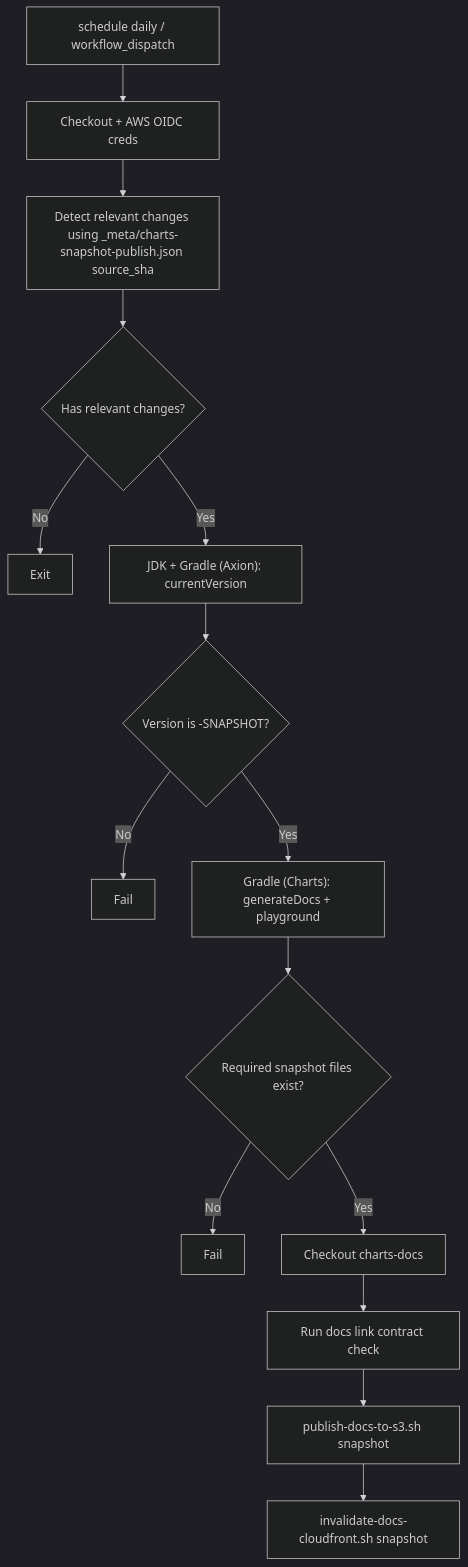
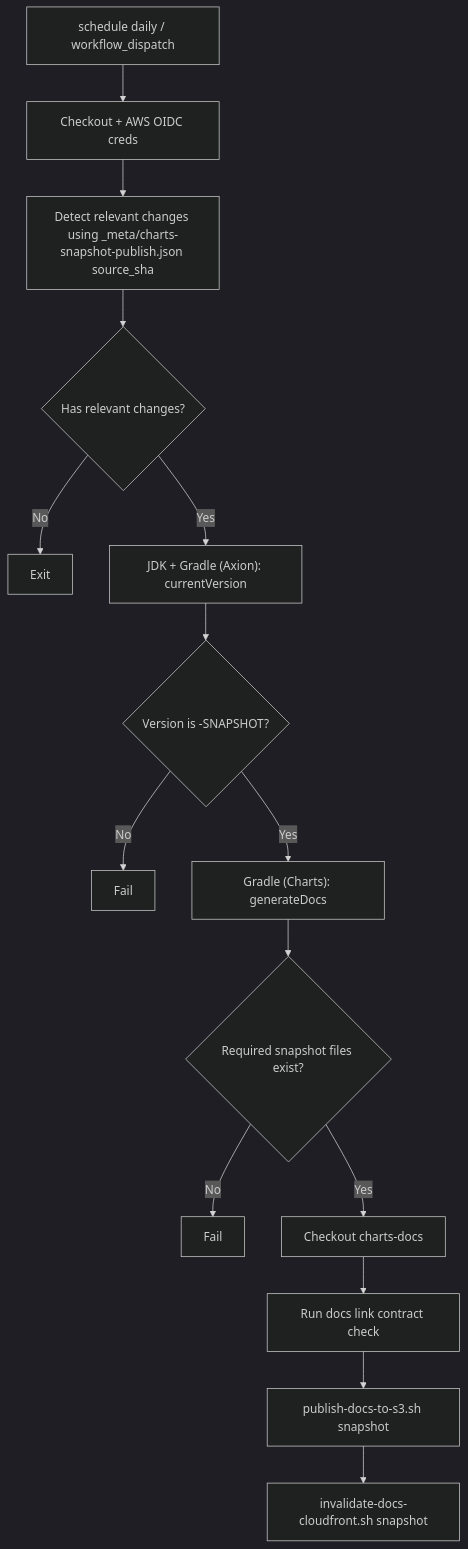
One commit to dautovicharis/charts changed the diagram in docs/release/docs-snapshot-publish.md. Above: the diagram before and after it, drawn with Mermaid (dark theme). The commit also changed other lines of this file and 81 other files, not shown here.

````diff
--- a/docs/release/docs-snapshot-publish.md
+++ b/docs/release/docs-snapshot-publish.md
@@ -5,17 +5,17 @@
 ```mermaid
 flowchart TD
   A["schedule daily / workflow_dispatch"] --> B["Checkout + AWS OIDC creds"]
   B --> C["Detect relevant changes using _meta/charts-snapshot-publish.json source_sha"]
   C --> D{"Has relevant changes?"}
   D -- No --> DX["Exit"]
   D -- Yes --> E["JDK + Gradle (Axion): currentVersion"]
   E --> F{"Version is -SNAPSHOT?"}
   F -- No --> FX["Fail"]
-  F -- Yes --> G["Gradle (Charts): generateDocs + playground"]
+  F -- Yes --> G["Gradle (Charts): generateDocs"]
   G --> H{"Required snapshot files exist?"}
   H -- No --> HX["Fail"]
   H -- Yes --> I["Checkout charts-docs"]
   I --> J["Run docs link contract check"]
   J --> K["publish-docs-to-s3.sh snapshot"]
   K --> L["invalidate-docs-cloudfront.sh snapshot"]
 ```
````
